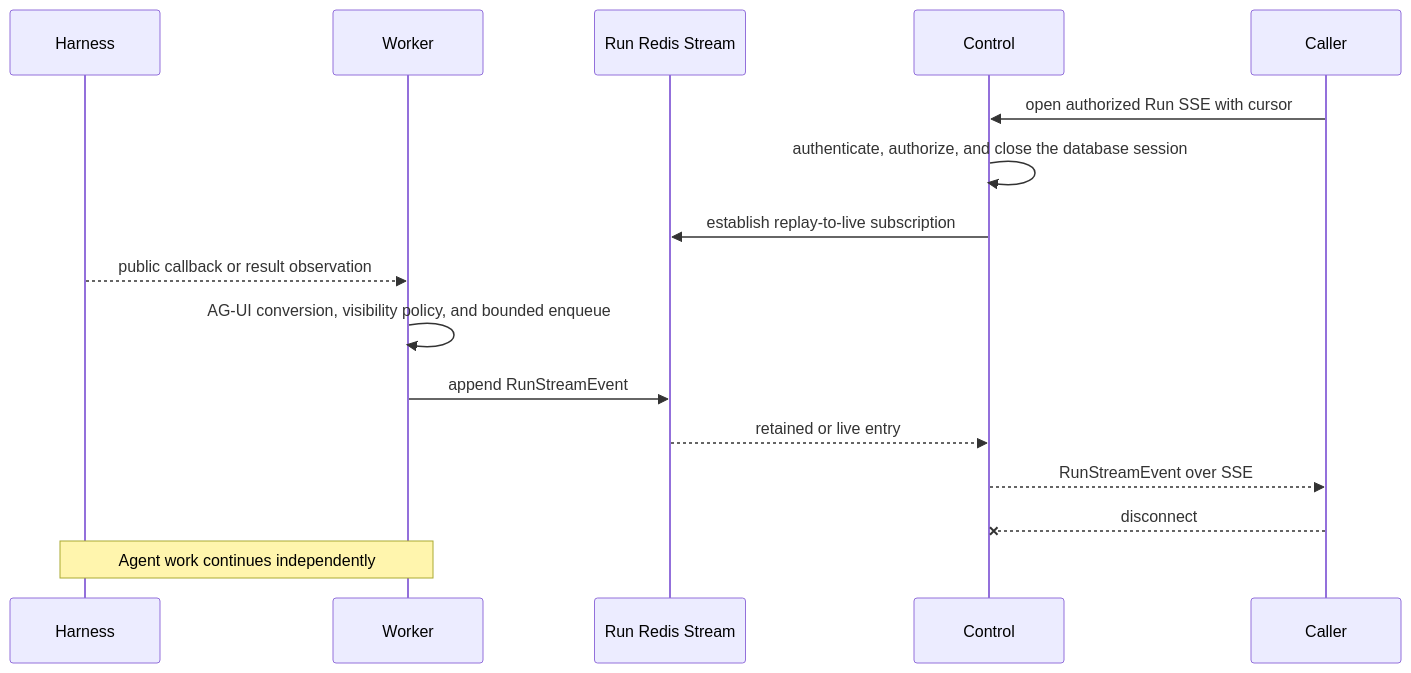
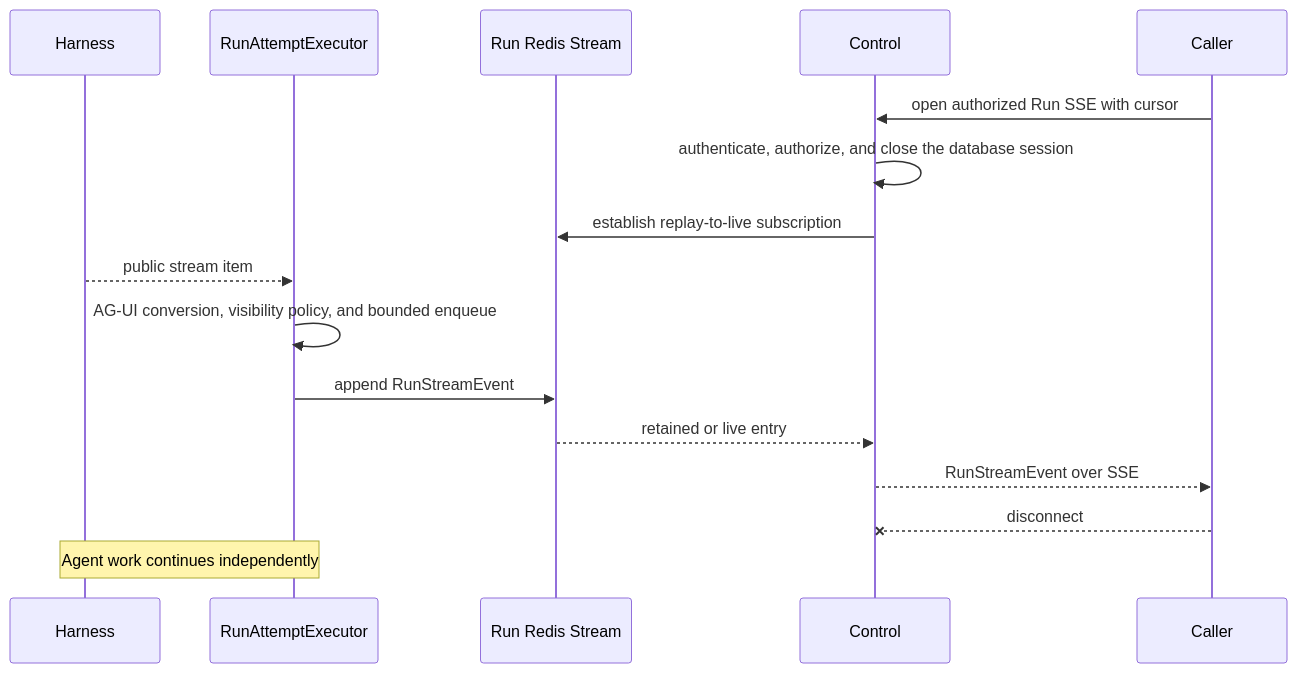
One commit to LTThreeComma/agent-foundation changed the second of 4 diagrams in spec/foundation-service/26-hook-notifications.md. Above: the diagram before and after it, drawn with Mermaid. The commit also changed other lines of this file and 21 other files, not shown here.

````diff
--- a/spec/foundation-service/26-hook-notifications.md
+++ b/spec/foundation-service/26-hook-notifications.md
@@ -249,19 +249,19 @@
 ```mermaid
 sequenceDiagram
     participant Harness
-    participant Worker
+    participant Executor as RunAttemptExecutor
     participant Redis as Run Redis Stream
     participant Control
     participant Caller
 
     Caller->>Control: open authorized Run SSE with cursor
     Control->>Control: authenticate, authorize, and close the database session
     Control->>Redis: establish replay-to-live subscription
-    Harness-->>Worker: public callback or result observation
-    Worker->>Worker: AG-UI conversion, visibility policy, and bounded enqueue
-    Worker->>Redis: append RunStreamEvent
+    Harness-->>Executor: public stream item
+    Executor->>Executor: AG-UI conversion, visibility policy, and bounded enqueue
+    Executor->>Redis: append RunStreamEvent
     Redis-->>Control: retained or live entry
     Control-->>Caller: RunStreamEvent over SSE
     Caller--xControl: disconnect
-    Note over Harness,Worker: Agent work continues independently
+    Note over Harness,Executor: Agent work continues independently
 ```
````
